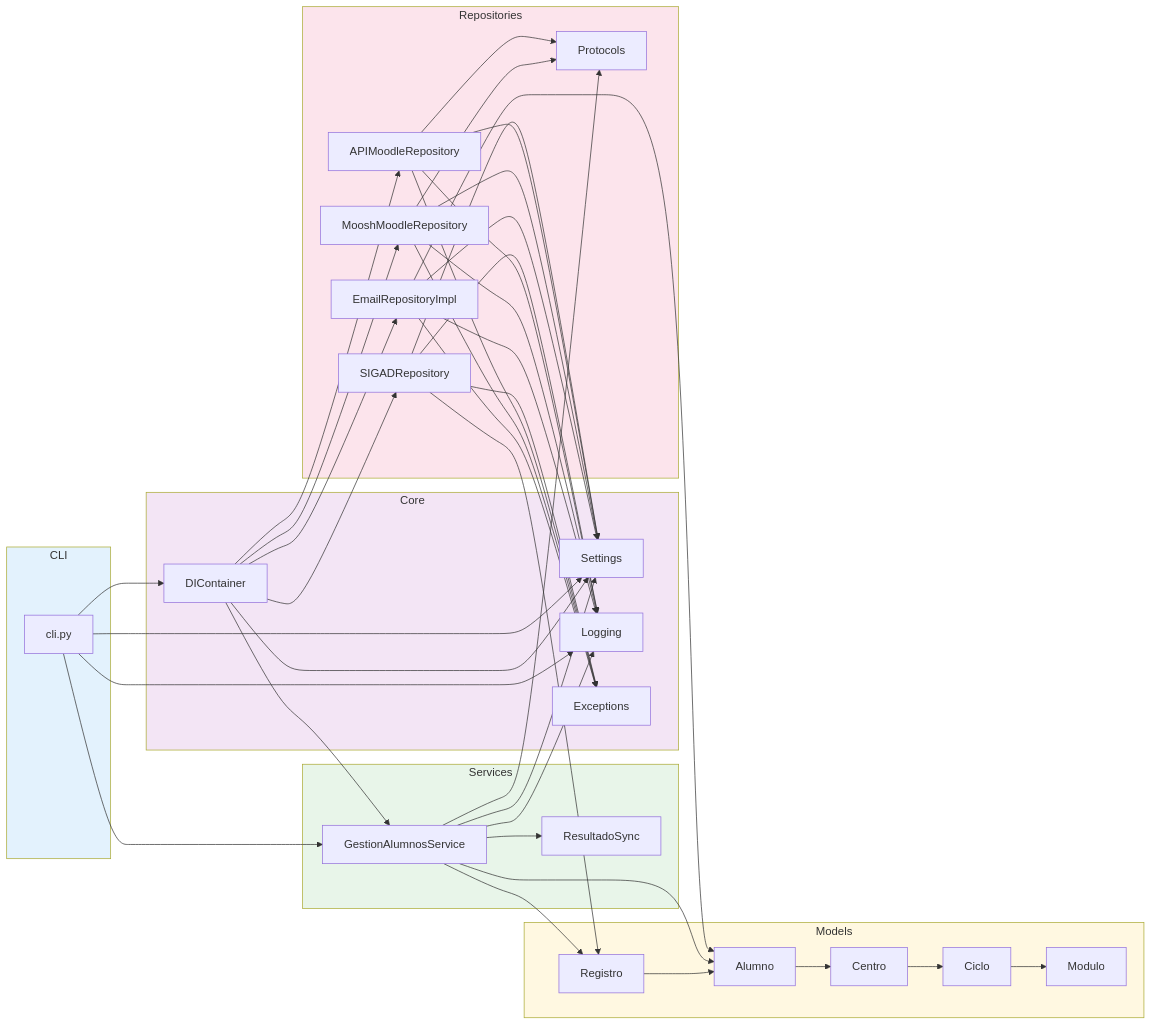
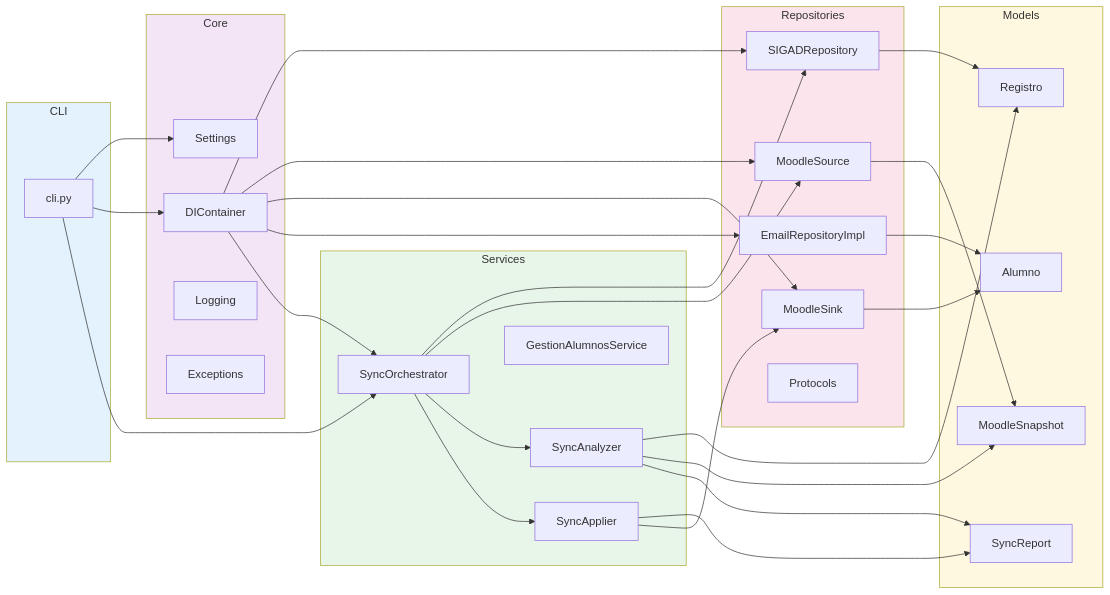
Before and after one commit to FPVirtual/fp-virtual-gestion-alumnos: the tenth of 10 diagrams in docus/flujos.md, drawn with Mermaid. The commit also changed other lines of this file and 25 other files, not shown here.

```diff
--- a/docus/flujos.md
+++ b/docus/flujos.md
@@ -376,9 +382,8 @@
     subgraph Models
         A1[Alumno]
         A2[Registro]
-        A3[Centro]
-        A4[Ciclo]
-        A5[Modulo]
+        A3[MoodleSnapshot]
+        A4[SyncReport]
     end
 
     subgraph Core
@@ -390,15 +395,17 @@
 
     subgraph Repositories
         C1[SIGADRepository]
-        C2[APIMoodleRepository]
-        C3[MooshMoodleRepository]
+        C2[MoodleSource]
+        C3[MoodleSink]
         C4[EmailRepositoryImpl]
         C5[Protocols]
     end
 
     subgraph Services
-        D1[GestionAlumnosService]
-        D2[ResultadoSync]
+        D1[SyncOrchestrator]
+        D2[SyncAnalyzer]
+        D3[SyncApplier]
+        D4[GestionAlumnosService]
     end
 
     subgraph CLI
@@ -406,48 +413,30 @@
     end
 
     C1 --> A2
-    C1 --> B1
-    C1 --> B3
-    C1 --> B4
+    C2 --> A3
+    C3 --> A1
+    C4 --> A1
 
-    C2 --> B1
-    C2 --> B3
-    C2 --> B4
-    C2 --> C5
+    D2 --> A2
+    D2 --> A3
+    D2 --> A4
+    D3 --> A4
+    D3 --> C3
 
-    C3 --> B1
-    C3 --> B3
-    C3 --> B4
-    C3 --> C5
-
-    C4 --> A1
-    C4 --> B1
-    C4 --> B3
-    C4 --> B4
-
-    D1 --> A1
-    D1 --> A2
-    D1 --> C5
-    D1 --> B1
-    D1 --> B3
+    D1 --> C1
+    D1 --> C2
     D1 --> D2
+    D1 --> D3
 
     E1 --> B1
     E1 --> B2
-    E1 --> B3
     E1 --> D1
 
-    B2 --> B1
     B2 --> C1
     B2 --> C2
     B2 --> C3
     B2 --> C4
     B2 --> D1
-
-    A2 --> A1
-    A1 --> A3
-    A3 --> A4
-    A4 --> A5
 
     style Models fill:#fff8e1
     style Core fill:#f3e5f5
```
